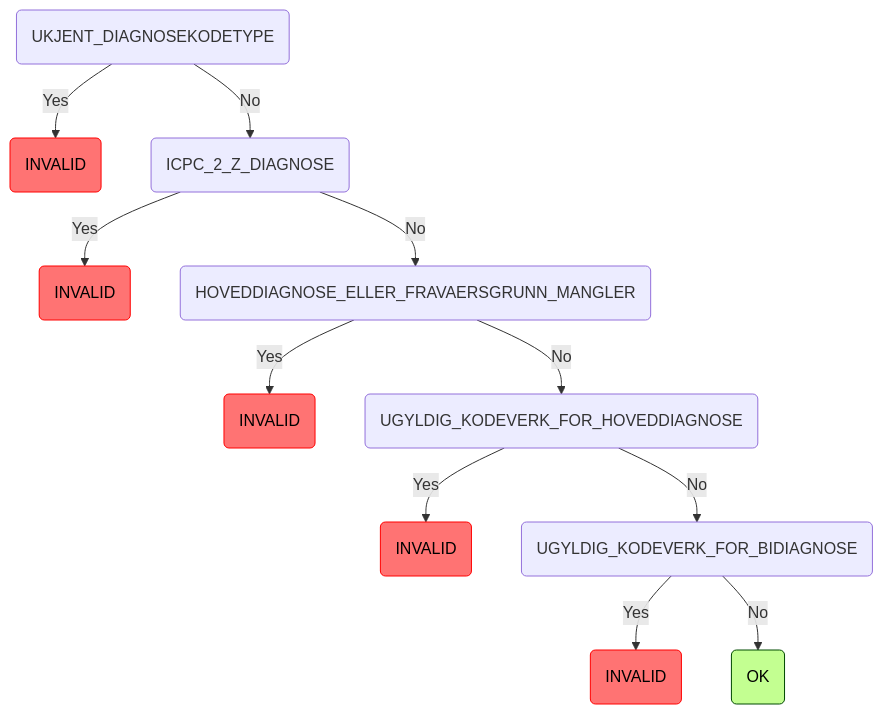
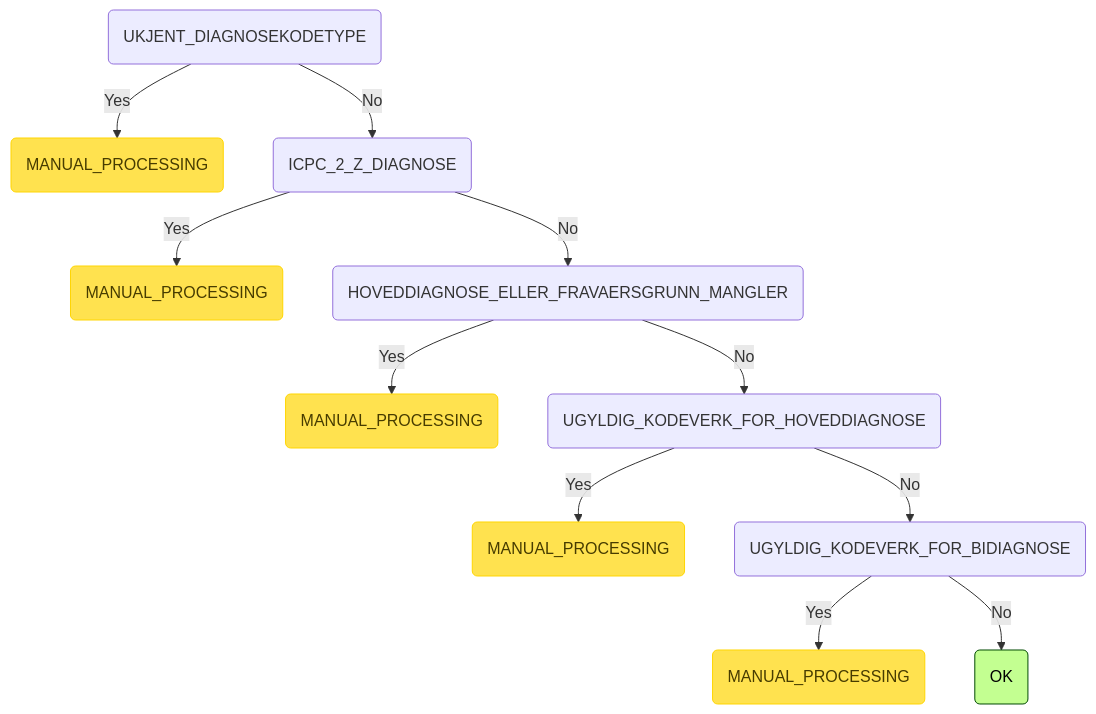
Before and after one commit to navikt/syfosmpapirregler: the fifth of 10 diagrams in README.md, drawn with Mermaid. The commit also changed other lines of this file and 8 other files, not shown here.

Commit message:
Change from status INVALID to MANUAL_PROCESSING

````diff
--- a/README.md
+++ b/README.md
@@ -102,16 +102,16 @@
 ```mermaid
 graph TD
-    root(UKJENT_DIAGNOSEKODETYPE) -->|Yes| root_UKJENT_DIAGNOSEKODETYPE_INVALID(INVALID):::invalid
+    root(UKJENT_DIAGNOSEKODETYPE) -->|Yes| root_UKJENT_DIAGNOSEKODETYPE_MANUAL_PROCESSING(MANUAL_PROCESSING):::manuell
     root(UKJENT_DIAGNOSEKODETYPE) -->|No| root_UKJENT_DIAGNOSEKODETYPE_ICPC_2_Z_DIAGNOSE(ICPC_2_Z_DIAGNOSE)
-    root_UKJENT_DIAGNOSEKODETYPE_ICPC_2_Z_DIAGNOSE(ICPC_2_Z_DIAGNOSE) -->|Yes| root_UKJENT_DIAGNOSEKODETYPE_ICPC_2_Z_DIAGNOSE_INVALID(INVALID):::invalid
+    root_UKJENT_DIAGNOSEKODETYPE_ICPC_2_Z_DIAGNOSE(ICPC_2_Z_DIAGNOSE) -->|Yes| root_UKJENT_DIAGNOSEKODETYPE_ICPC_2_Z_DIAGNOSE_MANUAL_PROCESSING(MANUAL_PROCESSING):::manuell
     root_UKJENT_DIAGNOSEKODETYPE_ICPC_2_Z_DIAGNOSE(ICPC_2_Z_DIAGNOSE) -->|No| root_UKJENT_DIAGNOSEKODETYPE_ICPC_2_Z_DIAGNOSE_HOVEDDIAGNOSE_ELLER_FRAVAERSGRUNN_MANGLER(HOVEDDIAGNOSE_ELLER_FRAVAERSGRUNN_MANGLER)
-    root_UKJENT_DIAGNOSEKODETYPE_ICPC_2_Z_DIAGNOSE_HOVEDDIAGNOSE_ELLER_FRAVAERSGRUNN_MANGLER(HOVEDDIAGNOSE_ELLER_FRAVAERSGRUNN_MANGLER) -->|Yes| root_UKJENT_DIAGNOSEKODETYPE_ICPC_2_Z_DIAGNOSE_HOVEDDIAGNOSE_ELLER_FRAVAERSGRUNN_MANGLER_INVALID(INVALID):::invalid
+    root_UKJENT_DIAGNOSEKODETYPE_ICPC_2_Z_DIAGNOSE_HOVEDDIAGNOSE_ELLER_FRAVAERSGRUNN_MANGLER(HOVEDDIAGNOSE_ELLER_FRAVAERSGRUNN_MANGLER) -->|Yes| root_UKJENT_DIAGNOSEKODETYPE_ICPC_2_Z_DIAGNOSE_HOVEDDIAGNOSE_ELLER_FRAVAERSGRUNN_MANGLER_MANUAL_PROCESSING(MANUAL_PROCESSING):::manuell
     root_UKJENT_DIAGNOSEKODETYPE_ICPC_2_Z_DIAGNOSE_HOVEDDIAGNOSE_ELLER_FRAVAERSGRUNN_MANGLER(HOVEDDIAGNOSE_ELLER_FRAVAERSGRUNN_MANGLER) -->|No| root_UKJENT_DIAGNOSEKODETYPE_ICPC_2_Z_DIAGNOSE_HOVEDDIAGNOSE_ELLER_FRAVAERSGRUNN_MANGLER_UGYLDIG_KODEVERK_FOR_HOVEDDIAGNOSE(UGYLDIG_KODEVERK_FOR_HOVEDDIAGNOSE)
-    root_UKJENT_DIAGNOSEKODETYPE_ICPC_2_Z_DIAGNOSE_HOVEDDIAGNOSE_ELLER_FRAVAERSGRUNN_MANGLER_UGYLDIG_KODEVERK_FOR_HOVEDDIAGNOSE(UGYLDIG_KODEVERK_FOR_HOVEDDIAGNOSE) -->|Yes| root_UKJENT_DIAGNOSEKODETYPE_ICPC_2_Z_DIAGNOSE_HOVEDDIAGNOSE_ELLER_FRAVAERSGRUNN_MANGLER_UGYLDIG_KODEVERK_FOR_HOVEDDIAGNOSE_INVALID(INVALID):::invalid
+    root_UKJENT_DIAGNOSEKODETYPE_ICPC_2_Z_DIAGNOSE_HOVEDDIAGNOSE_ELLER_FRAVAERSGRUNN_MANGLER_UGYLDIG_KODEVERK_FOR_HOVEDDIAGNOSE(UGYLDIG_KODEVERK_FOR_HOVEDDIAGNOSE) -->|Yes| root_UKJENT_DIAGNOSEKODETYPE_ICPC_2_Z_DIAGNOSE_HOVEDDIAGNOSE_ELLER_FRAVAERSGRUNN_MANGLER_UGYLDIG_KODEVERK_FOR_HOVEDDIAGNOSE_MANUAL_PROCESSING(MANUAL_PROCESSING):::manuell
     root_UKJENT_DIAGNOSEKODETYPE_ICPC_2_Z_DIAGNOSE_HOVEDDIAGNOSE_ELLER_FRAVAERSGRUNN_MANGLER_UGYLDIG_KODEVERK_FOR_HOVEDDIAGNOSE(UGYLDIG_KODEVERK_FOR_HOVEDDIAGNOSE) -->|No| root_UKJENT_DIAGNOSEKODETYPE_ICPC_2_Z_DIAGNOSE_HOVEDDIAGNOSE_ELLER_FRAVAERSGRUNN_MANGLER_UGYLDIG_KODEVERK_FOR_HOVEDDIAGNOSE_UGYLDIG_KODEVERK_FOR_BIDIAGNOSE(UGYLDIG_KODEVERK_FOR_BIDIAGNOSE)
-    root_UKJENT_DIAGNOSEKODETYPE_ICPC_2_Z_DIAGNOSE_HOVEDDIAGNOSE_ELLER_FRAVAERSGRUNN_MANGLER_UGYLDIG_KODEVERK_FOR_HOVEDDIAGNOSE_UGYLDIG_KODEVERK_FOR_BIDIAGNOSE(UGYLDIG_KODEVERK_FOR_BIDIAGNOSE) -->|Yes| root_UKJENT_DIAGNOSEKODETYPE_ICPC_2_Z_DIAGNOSE_HOVEDDIAGNOSE_ELLER_FRAVAERSGRUNN_MANGLER_UGYLDIG_KODEVERK_FOR_HOVEDDIAGNOSE_UGYLDIG_KODEVERK_FOR_BIDIAGNOSE_INVALID(INVALID):::invalid
+    root_UKJENT_DIAGNOSEKODETYPE_ICPC_2_Z_DIAGNOSE_HOVEDDIAGNOSE_ELLER_FRAVAERSGRUNN_MANGLER_UGYLDIG_KODEVERK_FOR_HOVEDDIAGNOSE_UGYLDIG_KODEVERK_FOR_BIDIAGNOSE(UGYLDIG_KODEVERK_FOR_BIDIAGNOSE) -->|Yes| root_UKJENT_DIAGNOSEKODETYPE_ICPC_2_Z_DIAGNOSE_HOVEDDIAGNOSE_ELLER_FRAVAERSGRUNN_MANGLER_UGYLDIG_KODEVERK_FOR_HOVEDDIAGNOSE_UGYLDIG_KODEVERK_FOR_BIDIAGNOSE_MANUAL_PROCESSING(MANUAL_PROCESSING):::manuell
     root_UKJENT_DIAGNOSEKODETYPE_ICPC_2_Z_DIAGNOSE_HOVEDDIAGNOSE_ELLER_FRAVAERSGRUNN_MANGLER_UGYLDIG_KODEVERK_FOR_HOVEDDIAGNOSE_UGYLDIG_KODEVERK_FOR_BIDIAGNOSE(UGYLDIG_KODEVERK_FOR_BIDIAGNOSE) -->|No| root_UKJENT_DIAGNOSEKODETYPE_ICPC_2_Z_DIAGNOSE_HOVEDDIAGNOSE_ELLER_FRAVAERSGRUNN_MANGLER_UGYLDIG_KODEVERK_FOR_HOVEDDIAGNOSE_UGYLDIG_KODEVERK_FOR_BIDIAGNOSE_OK(OK):::ok
     classDef ok fill:#c3ff91,stroke:#004a00,color: black;
     classDef invalid fill:#ff7373,stroke:#ff0000,color: black;
     classDef manuell fill:#ffe24f,stroke:#ffd500,color: #473c00;
 ```
````
